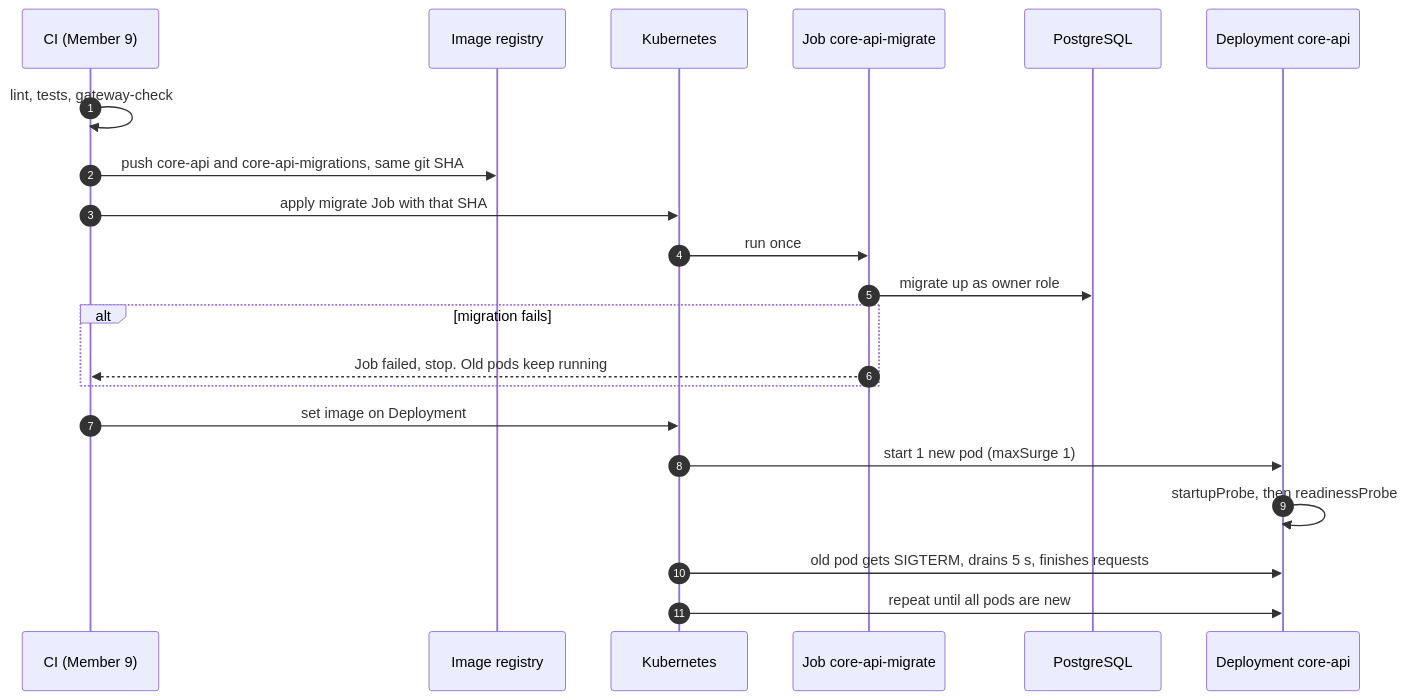
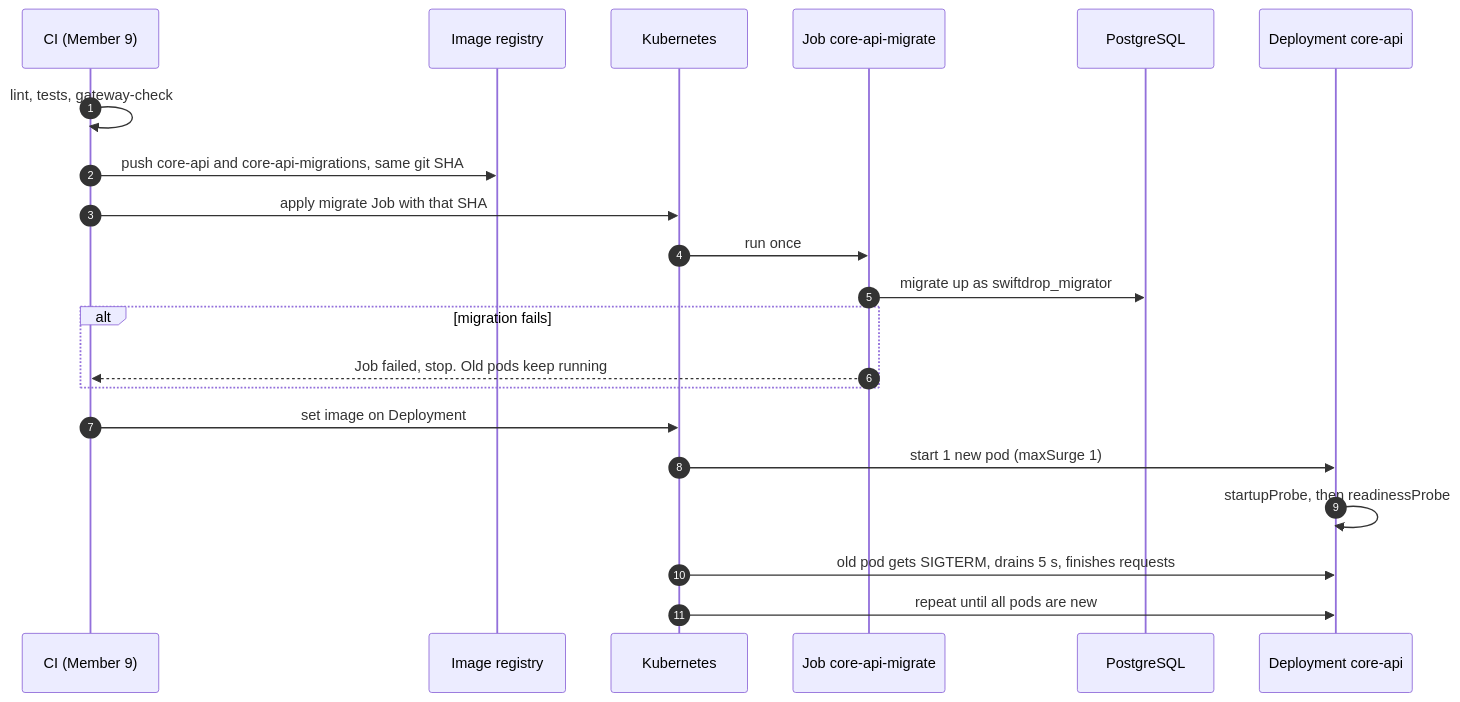
One commit to phantomTroupeEAD/SwiftDrop changed the fourth of 6 diagrams in docs/drafts/member-07-dispatcher-admin-web-gateway/doc-08-implementation-deployment-and-ops.md. Above: the diagram before and after it, drawn with Mermaid. The commit also changed other lines of this file and 125 other files, not shown here.

````diff
--- a/docs/drafts/member-07-dispatcher-admin-web-gateway/doc-08-implementation-deployment-and-ops.md
+++ b/docs/drafts/member-07-dispatcher-admin-web-gateway/doc-08-implementation-deployment-and-ops.md
@@ -449,23 +474,23 @@
 ```mermaid
 sequenceDiagram
     autonumber
     participant CI as CI (Member 9)
     participant REG as Image registry
     participant K as Kubernetes
     participant J as Job core-api-migrate
     participant DB as PostgreSQL
     participant D as Deployment core-api
     CI->>CI: lint, tests, gateway-check
     CI->>REG: push core-api and core-api-migrations, same git SHA
     CI->>K: apply migrate Job with that SHA
     K->>J: run once
-    J->>DB: migrate up as owner role
+    J->>DB: migrate up as swiftdrop_migrator
     alt migration fails
         J-->>CI: Job failed, stop. Old pods keep running
     end
     CI->>K: set image on Deployment
     K->>D: start 1 new pod (maxSurge 1)
     D->>D: startupProbe, then readinessProbe
     K->>D: old pod gets SIGTERM, drains 5 s, finishes requests
     K->>D: repeat until all pods are new
 ```
````
